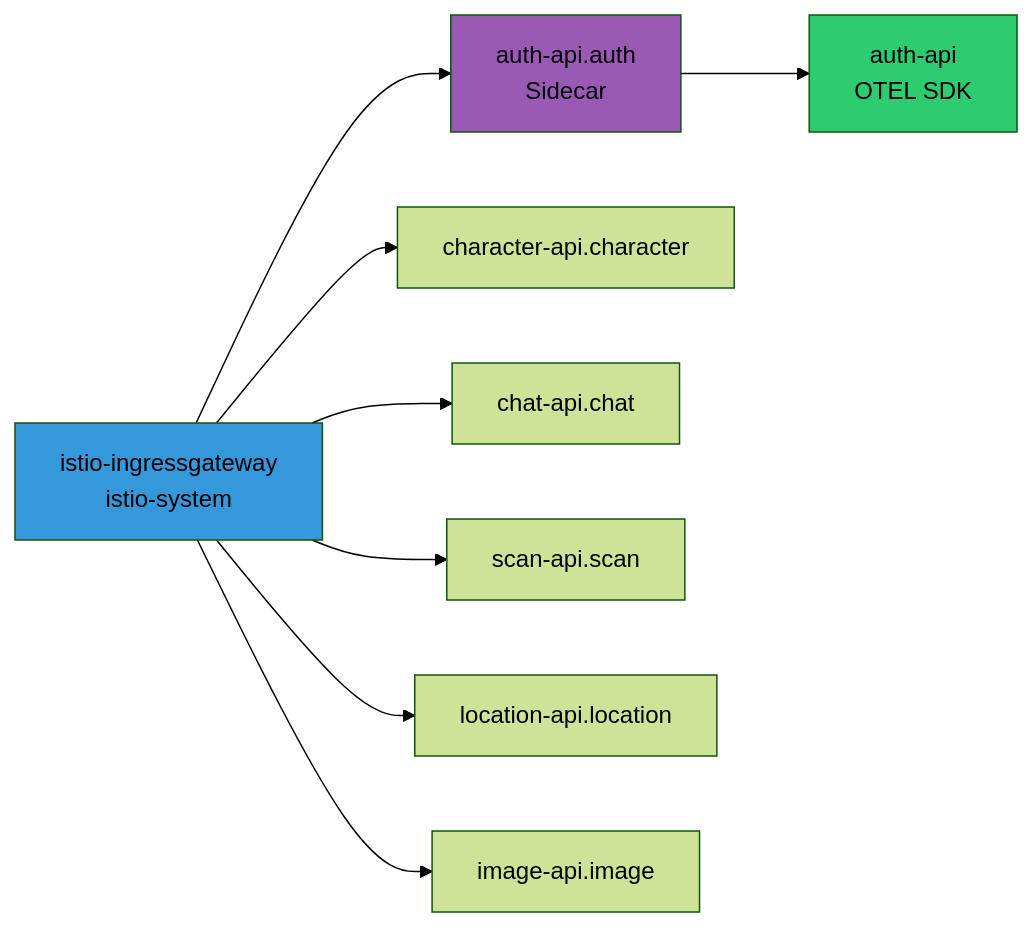
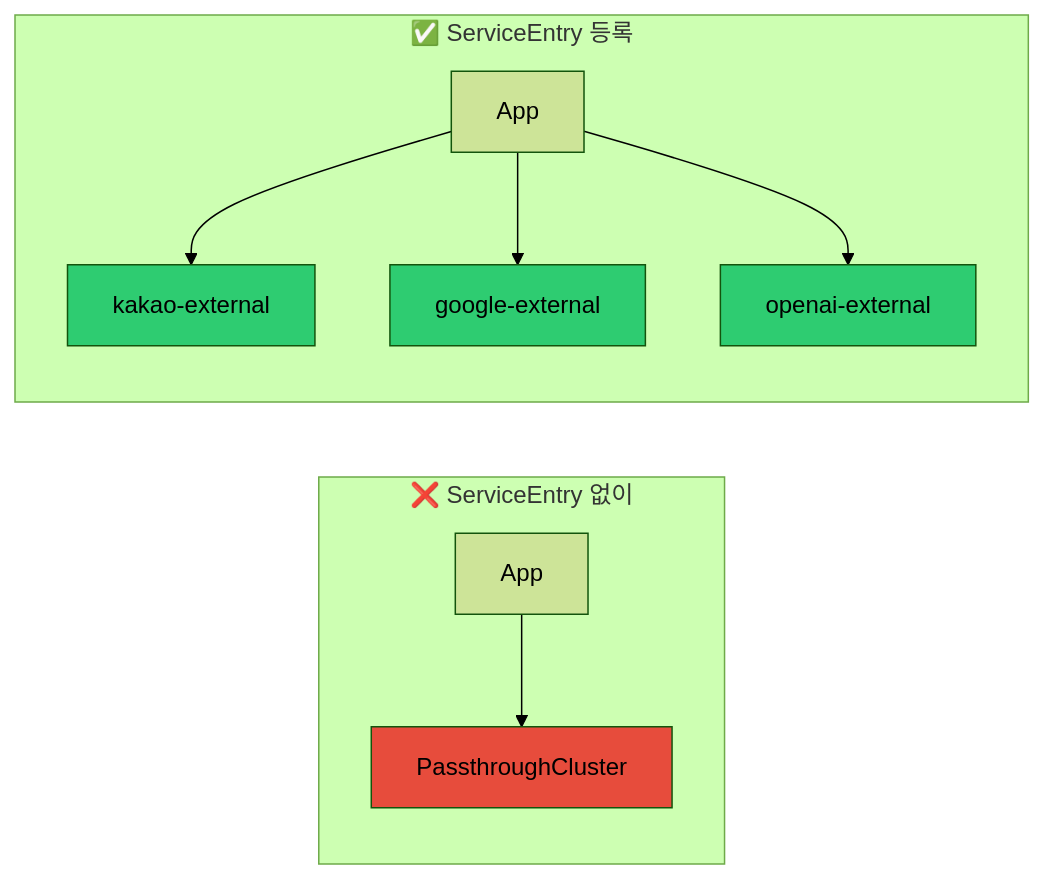
The sixth of 10 diagrams in docs/blogs/observability/04-distributed-tracing.md (SeSACTHON/backend), drawn with Mermaid (forest theme) before and after one commit. The commit also changed other lines of this file, not shown here.

First line of the commit message:
docs: update distributed tracing with architecture decisions

````diff
--- a/docs/blogs/observability/04-distributed-tracing.md
+++ b/docs/blogs/observability/04-distributed-tracing.md
@@ -659,23 +393,17 @@
 ```mermaid
 flowchart LR
-    IG[istio-ingressgateway<br/>istio-system]
-    AUTH_S[auth-api.auth<br/>Sidecar]
-    AUTH_A[auth-api<br/>OTEL SDK]
-    CHAR_S[character-api.character]
-    CHAT_S[chat-api.chat]
-    SCAN_S[scan-api.scan]
-    LOC_S[location-api.location]
-    IMG_S[image-api.image]
-
-    IG --> AUTH_S
-    AUTH_S --> AUTH_A
-    IG --> CHAR_S
-    IG --> CHAT_S
-    IG --> SCAN_S
-    IG --> LOC_S
-    IG --> IMG_S
-
-    style IG fill:#3498db
-    style AUTH_S fill:#9b59b6
-    style AUTH_A fill:#2ecc71
+    subgraph before["❌ ServiceEntry 없이"]
+        app1[App] --> pass1[PassthroughCluster]
+    end
+    
+    subgraph after["✅ ServiceEntry 등록"]
+        app2[App] --> kakao[kakao-external]
+        app2 --> google[google-external]
+        app2 --> openai[openai-external]
+    end
+    
+    style pass1 fill:#e74c3c
+    style kakao fill:#2ecc71
+    style google fill:#2ecc71
+    style openai fill:#2ecc71
 ```
````
